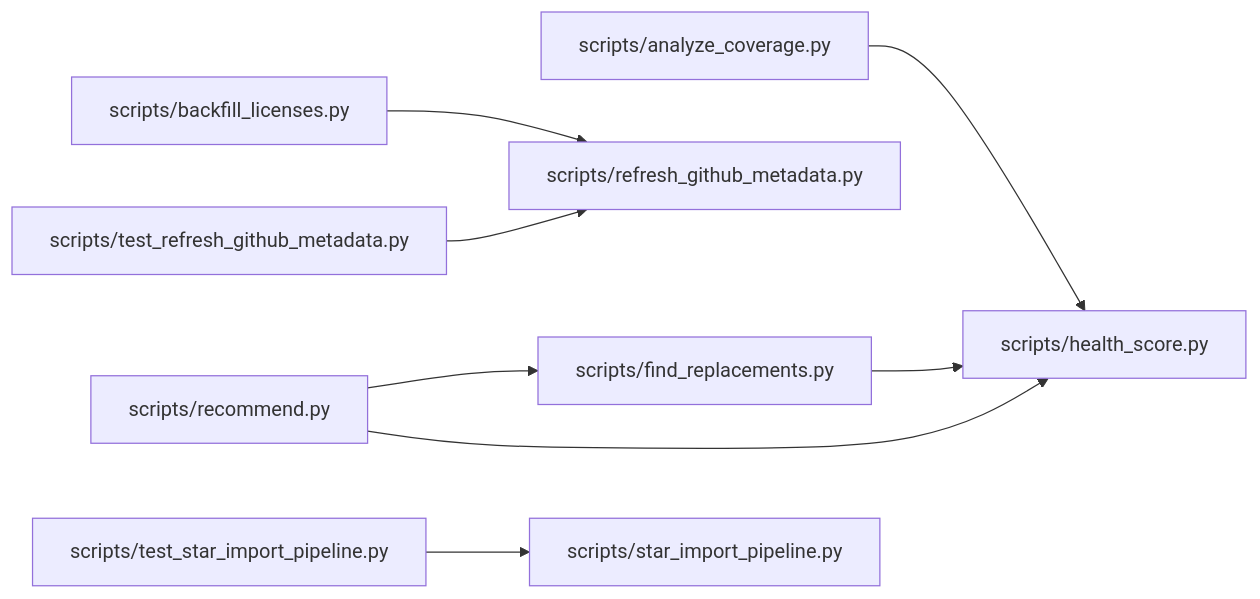
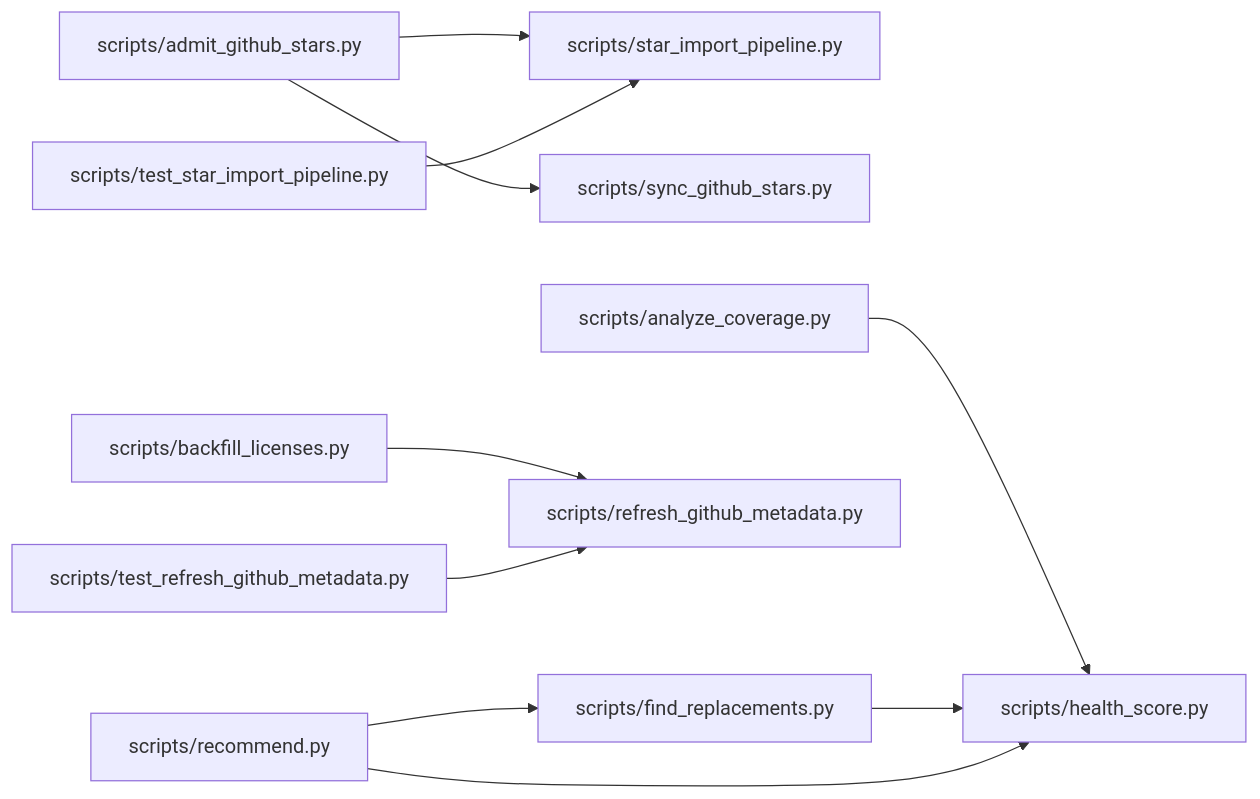
One commit to dbrckk/star-list changed the diagram in .ai/brain/architecture.mmd. Above: the diagram before and after it, drawn with Mermaid. The commit also changed 79 other files, not shown here.

```diff
--- a/.ai/brain/architecture.mmd
+++ b/.ai/brain/architecture.mmd
@@ -1,8 +1,10 @@
 flowchart LR
+  n8d03612ec4["scripts/admit_github_stars.py"] --> n83b2d4016a["scripts/star_import_pipeline.py"]
+  n8d03612ec4["scripts/admit_github_stars.py"] --> n9ec765cbfe["scripts/sync_github_stars.py"]
   n493b546fce["scripts/analyze_coverage.py"] --> n61da7feb3f["scripts/health_score.py"]
   nbea452dbc9["scripts/backfill_licenses.py"] --> n673a0bb367["scripts/refresh_github_metadata.py"]
   n3c5af248bc["scripts/find_replacements.py"] --> n61da7feb3f["scripts/health_score.py"]
   n6b33751c21["scripts/recommend.py"] --> n3c5af248bc["scripts/find_replacements.py"]
   n6b33751c21["scripts/recommend.py"] --> n61da7feb3f["scripts/health_score.py"]
   nfc3af7e38e["scripts/test_refresh_github_metadata.py"] --> n673a0bb367["scripts/refresh_github_metadata.py"]
   n0c8a572d8b["scripts/test_star_import_pipeline.py"] --> n83b2d4016a["scripts/star_import_pipeline.py"]
```
